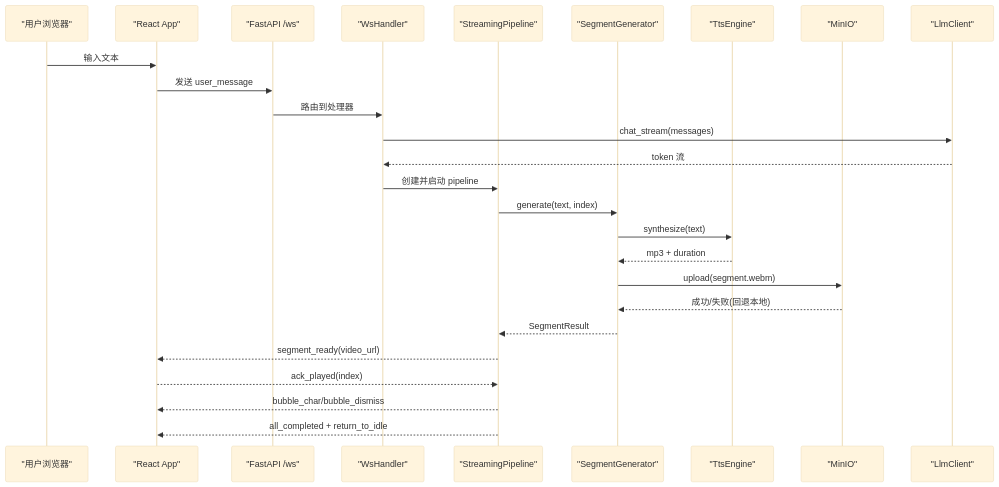
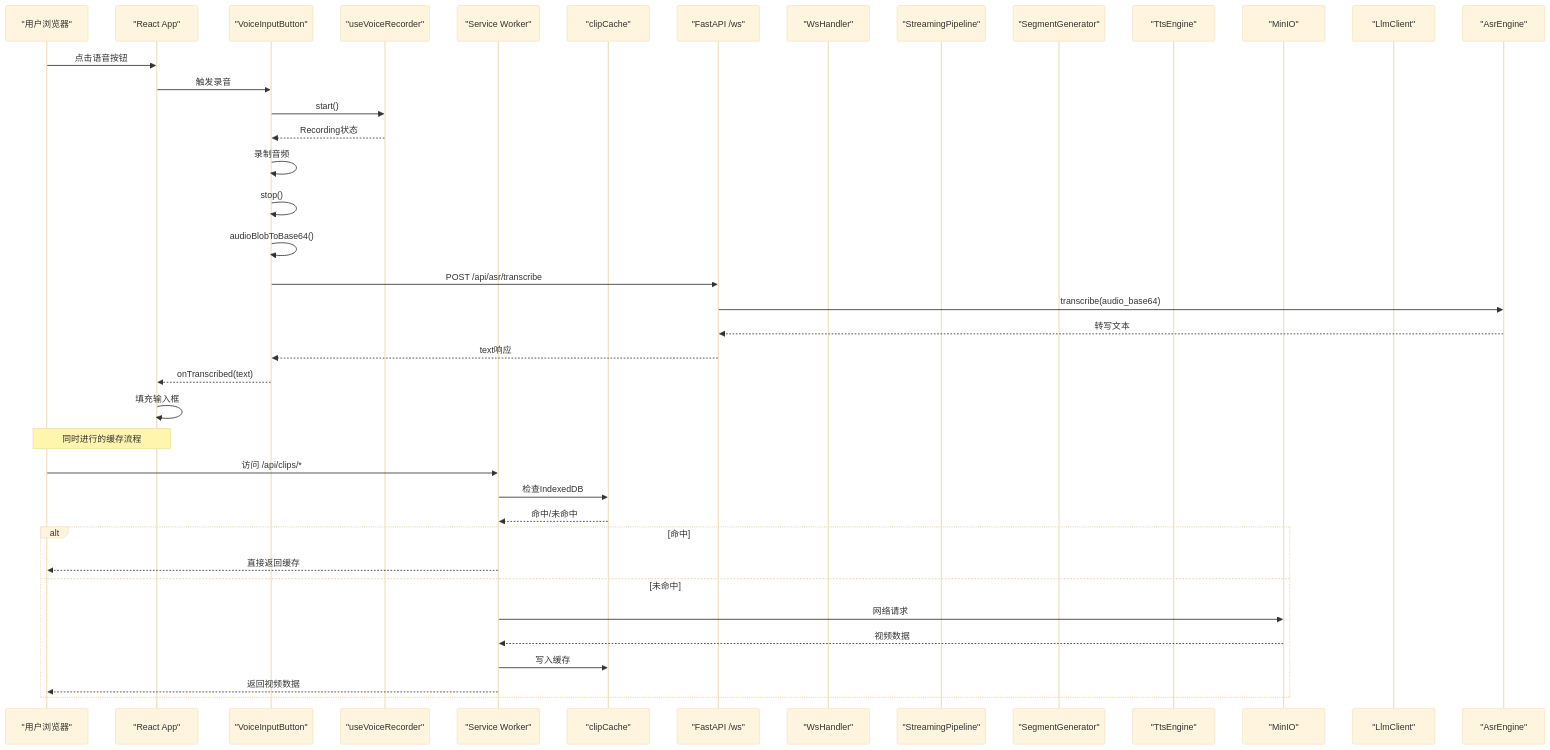
The second of 10 diagrams in .qoder/repowiki/zh/content/系统架构/系统架构.md (leo21cn/real-time-talk), drawn with Mermaid (base theme) before and after one commit. The commit also changed other lines of this file and 21 other files, not shown here.

````diff
--- a/.qoder/repowiki/zh/content/系统架构/系统架构.md
+++ b/.qoder/repowiki/zh/content/系统架构/系统架构.md
@@ -124,28 +165,42 @@
 ```mermaid
 sequenceDiagram
 participant U as "用户浏览器"
 participant FE as "React App"
+participant VOICE as "VoiceInputButton"
+participant REC as "useVoiceRecorder"
+participant SW as "Service Worker"
+participant CACHE as "clipCache"
 participant WS as "FastAPI /ws"
 participant WH as "WsHandler"
 participant PL as "StreamingPipeline"
 participant SG as "SegmentGenerator"
 participant TTS as "TtsEngine"
 participant MIN as "MinIO"
 participant LLM as "LlmClient"
-U->>FE : 输入文本
-FE->>WS : 发送 user_message
-WS->>WH : 路由到处理器
-WH->>LLM : chat_stream(messages)
-LLM-->>WH : token 流
-WH->>PL : 创建并启动 pipeline
-PL->>SG : generate(text, index)
-SG->>TTS : synthesize(text)
-TTS-->>SG : mp3 + duration
-SG->>MIN : upload(segment.webm)
-MIN-->>SG : 成功/失败(回退本地)
-SG-->>PL : SegmentResult
-PL-->>FE : segment_ready(video_url)
-FE-->>PL : ack_played(index)
-PL-->>FE : bubble_char/bubble_dismiss
-PL-->>FE : all_completed + return_to_idle
+participant ASR as "AsrEngine"
+U->>FE : 点击语音按钮
+FE->>VOICE : 触发录音
+VOICE->>REC : start()
+REC-->>VOICE : Recording状态
+VOICE->>VOICE : 录制音频
+VOICE->>VOICE : stop()
+VOICE->>VOICE : audioBlobToBase64()
+VOICE->>WS : POST /api/asr/transcribe
+WS->>ASR : transcribe(audio_base64)
+ASR-->>WS : 转写文本
+WS-->>VOICE : text响应
+VOICE-->>FE : onTranscribed(text)
+FE->>FE : 填充输入框
+Note over U,FE : 同时进行的缓存流程
+U->>SW : 访问 /api/clips/*
+SW->>CACHE : 检查IndexedDB
+CACHE-->>SW : 命中/未命中
+alt 命中
+SW-->>U : 直接返回缓存
+else 未命中
+SW->>MIN : 网络请求
+MIN-->>SW : 视频数据
+SW->>CACHE : 写入缓存
+SW-->>U : 返回视频数据
+end
 ```
````
